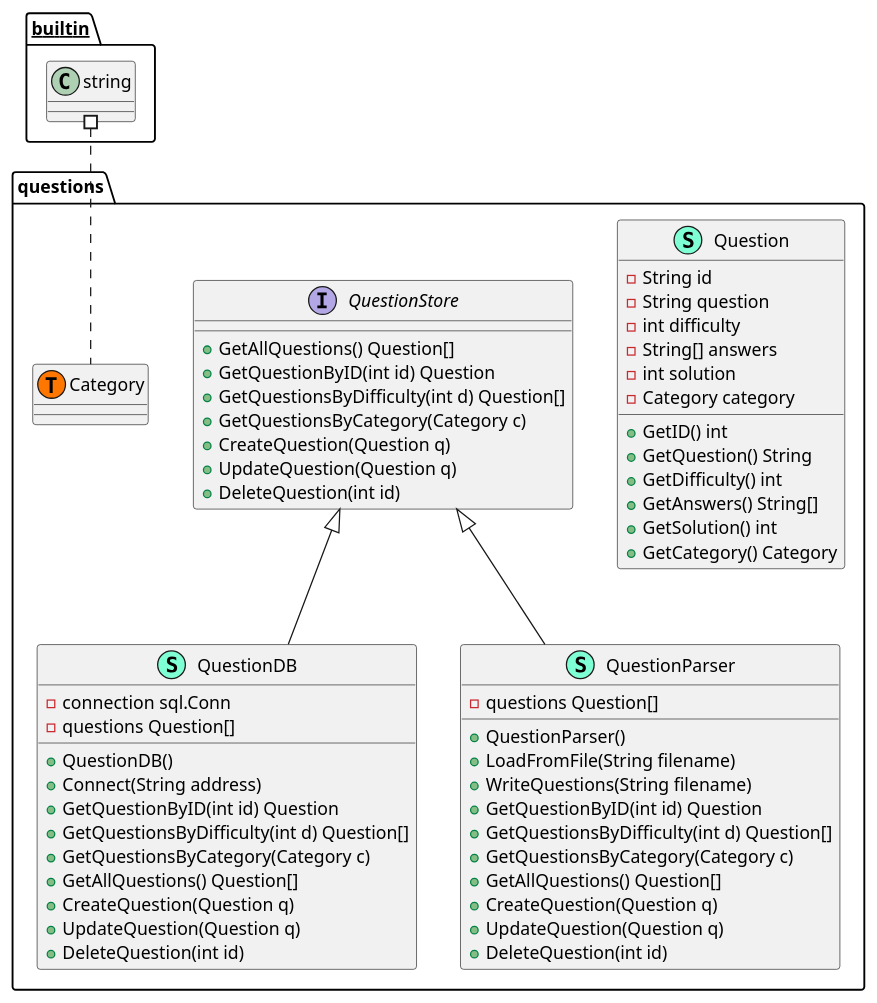
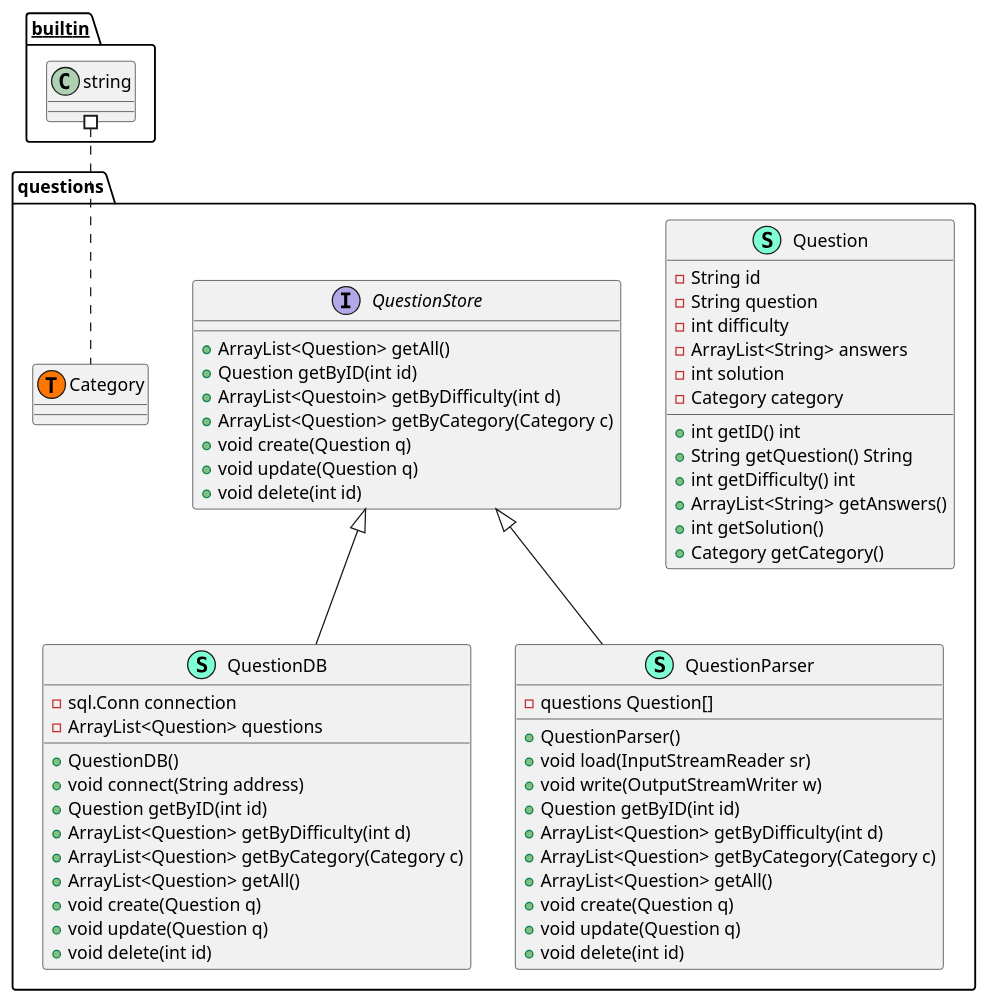
One commit to MninaTB/AE_Quiz_Projekt24 changed the diagram in doc/assets/package_questions.puml. Above: the diagram before and after it, drawn with PlantUML. The commit also changed 1 other file, not shown here.

Commit message:
feat(doc): question uml aktuallsiert

```diff
--- a/doc/assets/package_questions.puml
+++ b/doc/assets/package_questions.puml
@@ -1,67 +1,67 @@
 @startuml
 namespace questions {
     class Question << (S,Aquamarine) >> {
         - String id
         - String question
         - int difficulty 
-        - String[] answers 
+        - ArrayList<String> answers 
         - int solution
         - Category category
 
-        + GetID() int
-        + GetQuestion() String
-        + GetDifficulty() int
-        + GetAnswers() String[]
-        + GetSolution() int
-        + GetCategory() Category
+        + int getID() int
+        + String getQuestion() String
+        + int getDifficulty() int
+        + ArrayList<String> getAnswers()
+        + int getSolution()
+        + Category getCategory()
 
     }
     class QuestionDB << (S,Aquamarine) >> {
-        - connection sql.Conn
-        - questions Question[]
+        - sql.Conn connection
+        - ArrayList<Question> questions
 
         + QuestionDB() 
-        + Connect(String address) 
-        + GetQuestionByID(int id) Question
-        + GetQuestionsByDifficulty(int d) Question[]
-        + GetQuestionsByCategory(Category c) 
-        + GetAllQuestions() Question[]
-        + CreateQuestion(Question q) 
-        + UpdateQuestion(Question q) 
-        + DeleteQuestion(int id) 
+        + void connect(String address) 
+        + Question getByID(int id)
+        + ArrayList<Question> getByDifficulty(int d)
+        + ArrayList<Question> getByCategory(Category c) 
+        + ArrayList<Question> getAll()
+        + void create(Question q) 
+        + void update(Question q) 
+        + void delete(int id) 
 
     }
     class QuestionParser << (S,Aquamarine) >> {
         - questions Question[]
 
         + QuestionParser() 
-        + LoadFromFile(String filename) 
-        + WriteQuestions(String filename) 
-        + GetQuestionByID(int id) Question
-        + GetQuestionsByDifficulty(int d) Question[]
-        + GetQuestionsByCategory(Category c) 
-        + GetAllQuestions() Question[]
-        + CreateQuestion(Question q) 
-        + UpdateQuestion(Question q) 
-        + DeleteQuestion(int id) 
+        + void load(InputStreamReader sr) 
+        + void write(OutputStreamWriter w) 
+        + Question getByID(int id)
+        + ArrayList<Question> getByDifficulty(int d)
+        + ArrayList<Question> getByCategory(Category c) 
+        + ArrayList<Question> getAll()
+        + void create(Question q) 
+        + void update(Question q) 
+        + void delete(int id) 
 
     }
     interface QuestionStore  {
-        + GetAllQuestions() Question[]
-        + GetQuestionByID(int id) Question
-        + GetQuestionsByDifficulty(int d) Question[]
-        + GetQuestionsByCategory(Category c) 
-        + CreateQuestion(Question q) 
-        + UpdateQuestion(Question q) 
-        + DeleteQuestion(int id) 
+        + ArrayList<Question> getAll()
+        + Question getByID(int id)
+        + ArrayList<Questoin> getByDifficulty(int d)
+        + ArrayList<Question> getByCategory(Category c) 
+        + void create(Question q) 
+        + void update(Question q) 
+        + void delete(int id) 
 
     }
     class questions.Category << (T, #FF7700) >>  {
     }
 }
 
 "questions.QuestionStore" <|-- "questions.QuestionDB"
 "questions.QuestionStore" <|-- "questions.QuestionParser"
 
 "__builtin__.string" #.. "questions.Category"
 @enduml
```
